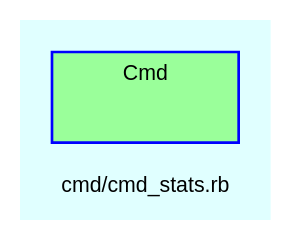
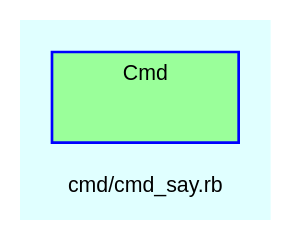
Before and after one commit to Tyche/teensymud: the diagram in doc/dot/f_27.dot, drawn with Graphviz. The commit also changed 127 other files, not shown here.

```diff
--- a/doc/dot/f_27.dot
+++ b/doc/dot/f_27.dot
@@ -1,29 +1,29 @@
 digraph TopLevel {
     compound = true
     bgcolor = lightcyan1
     fontname = Arial
     fontsize = 8
-    label = "cmd/cmd_stats.rb"
+    label = "cmd/cmd_say.rb"
     node [
         fontname = Arial,
         fontsize = 8,
         color = black
     ]
 
     subgraph cluster_Cmd {
         fillcolor = palegreen1
         URL = "classes/Cmd.html"
         fontname = Arial
         color = blue
         label = "Cmd"
         style = filled
         Cmd [
             shape = plaintext,
             height = 0.01,
             width = 0.75,
             label = ""
         ]
 
     }
 
 }
```
